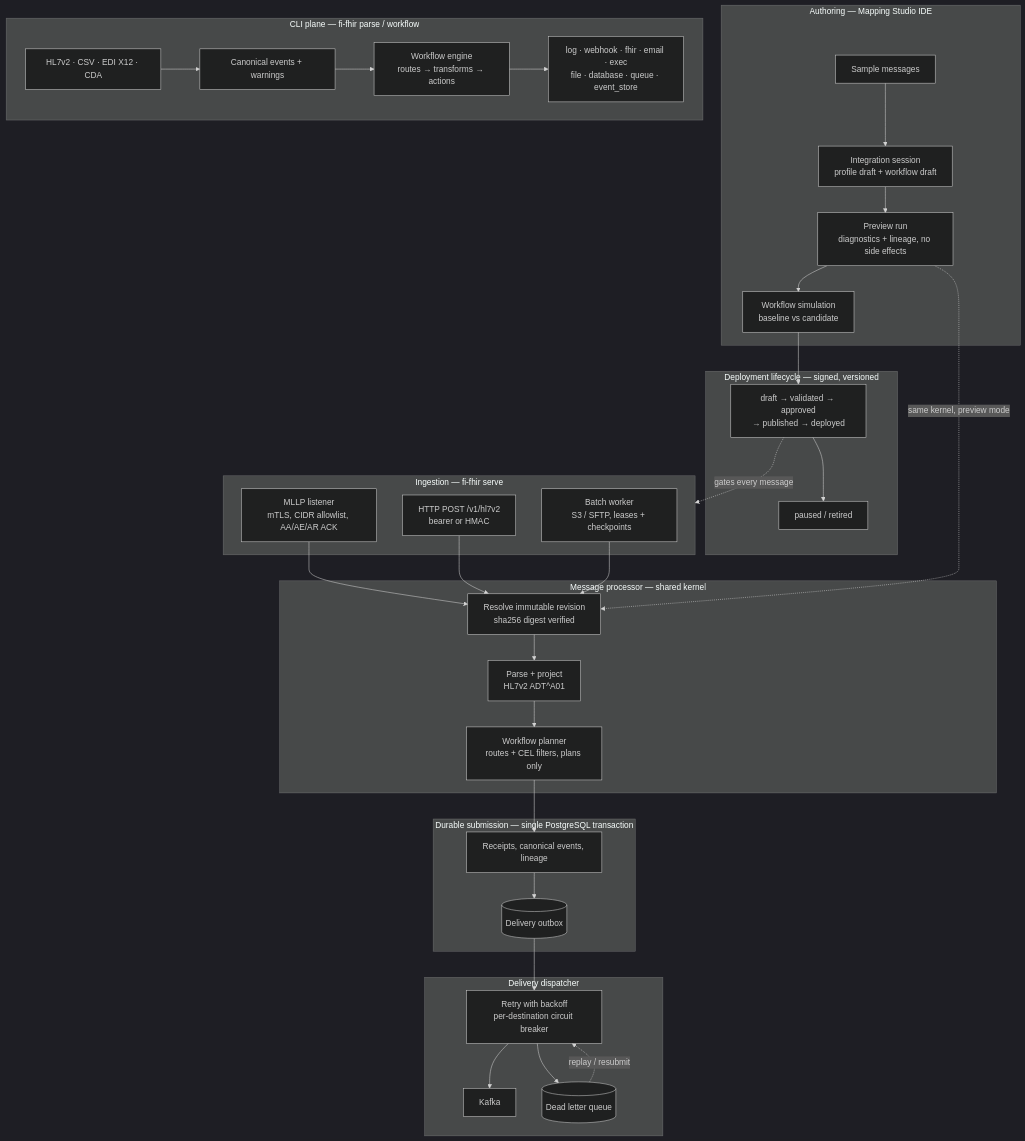
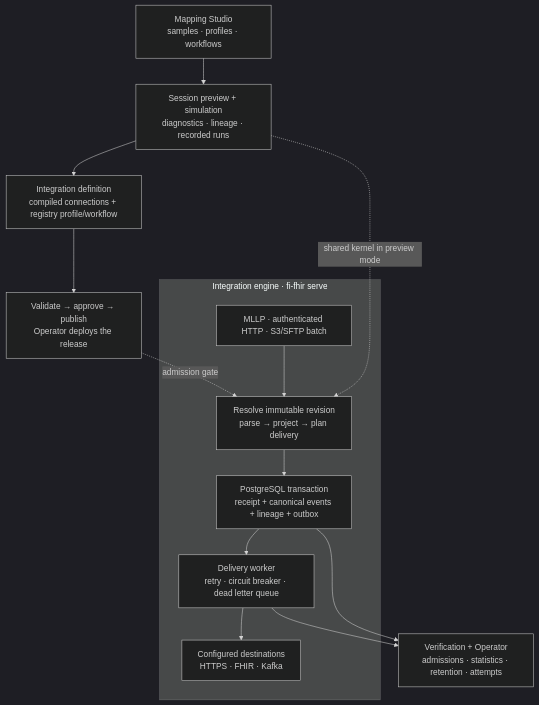
The diagram in docs/mermaid/overview-flow.mmd (crb2nu/fi-fhir), drawn with Mermaid (dark theme) before and after one commit. The commit also changed 16 other files, not shown here.

First line of the commit message:
docs(readme): refresh workspace guide and regenerate diagrams

```diff
--- a/docs/mermaid/overview-flow.mmd
+++ b/docs/mermaid/overview-flow.mmd
@@ -1,61 +1,24 @@
 flowchart TB
-  subgraph AUTHOR["Authoring — Mapping Studio IDE"]
-    SAMPLE[Sample messages]
-    SESSION[Integration session<br/>profile draft + workflow draft]
-    PREVIEW[Preview run<br/>diagnostics + lineage, no side effects]
-    SIMULATE[Workflow simulation<br/>baseline vs candidate]
-    SAMPLE --> SESSION --> PREVIEW --> SIMULATE
+  accTitle: fi-fhir authoring and delivery
+  accDescr: Mapping Studio authors immutable definitions. The server admits messages durably before dispatching deliveries and exposes receipts for verification. The CLI also runs independently.
+
+  STUDIO["Mapping Studio<br/>samples · profiles · workflows"]
+  PREVIEW["Session preview + simulation<br/>diagnostics · lineage · recorded runs"]
+  DEFINITION["Integration definition<br/>compiled connections + registry profile/workflow"]
+  RELEASE["Validate → approve → publish<br/>Operator deploys the release"]
+  STUDIO --> PREVIEW --> DEFINITION --> RELEASE
+
+  subgraph SERVER["Integration engine · fi-fhir serve"]
+    INPUT["MLLP · authenticated HTTP · S3/SFTP batch"]
+    KERNEL["Resolve immutable revision<br/>parse → project → plan delivery"]
+    STORE["PostgreSQL transaction<br/>receipt + canonical events + lineage + outbox"]
+    DISPATCH["Delivery worker<br/>retry · circuit breaker · dead letter queue"]
+    OUTPUT["Configured destinations<br/>HTTPS · FHIR · Kafka"]
+    INPUT --> KERNEL --> STORE --> DISPATCH --> OUTPUT
   end
 
-  subgraph LIFECYCLE["Deployment lifecycle — signed, versioned"]
-    LC[draft → validated → approved<br/>→ published → deployed]
-    RETIRE[paused / retired]
-    LC --> RETIRE
-  end
-
-  subgraph INGEST["Ingestion — fi-fhir serve"]
-    MLLP[MLLP listener<br/>mTLS, CIDR allowlist, AA/AE/AR ACK]
-    HTTP[HTTP POST /v1/hl7v2<br/>bearer or HMAC]
-    BATCH[Batch worker<br/>S3 / SFTP, leases + checkpoints]
-  end
-
-  subgraph KERNEL["Message processor — shared kernel"]
-    RESOLVE[Resolve immutable revision<br/>sha256 digest verified]
-    PARSE[Parse + project<br/>HL7v2 ADT^A01]
-    PLAN[Workflow planner<br/>routes + CEL filters, plans only]
-    RESOLVE --> PARSE --> PLAN
-  end
-
-  subgraph DURABLE["Durable submission — single PostgreSQL transaction"]
-    RECEIPT[Receipts, canonical events, lineage]
-    OUTBOX[(Delivery outbox)]
-    RECEIPT --> OUTBOX
-  end
-
-  subgraph DELIVER["Delivery dispatcher"]
-    RETRY[Retry with backoff<br/>per-destination circuit breaker]
-    KAFKA[Kafka]
-    DLQ[(Dead letter queue)]
-    RETRY --> KAFKA
-    RETRY --> DLQ
-  end
-
-  subgraph CLIPLANE["CLI plane — fi-fhir parse / workflow"]
-    FORMATS[HL7v2 · CSV · EDI X12 · CDA]
-    EVENTS[Canonical events + warnings]
-    ENGINE[Workflow engine<br/>routes → transforms → actions]
-    ACTIONS[log · webhook · fhir · email · exec<br/>file · database · queue · event_store]
-    FORMATS --> EVENTS --> ENGINE --> ACTIONS
-  end
-
-  SIMULATE --> LC
-  LC -. gates every message .-> INGEST
-
-  MLLP --> RESOLVE
-  HTTP --> RESOLVE
-  BATCH --> RESOLVE
-  PLAN --> RECEIPT
-  OUTBOX --> RETRY
-  DLQ -. replay / resubmit .-> RETRY
-
-  PREVIEW -. same kernel, preview mode .-> RESOLVE
+  RELEASE -. admission gate .-> KERNEL
+  PREVIEW -. shared kernel in preview mode .-> KERNEL
+  VERIFY["Verification + Operator<br/>admissions · statistics · retention · attempts"]
+  STORE --> VERIFY
+  DISPATCH --> VERIFY
```
